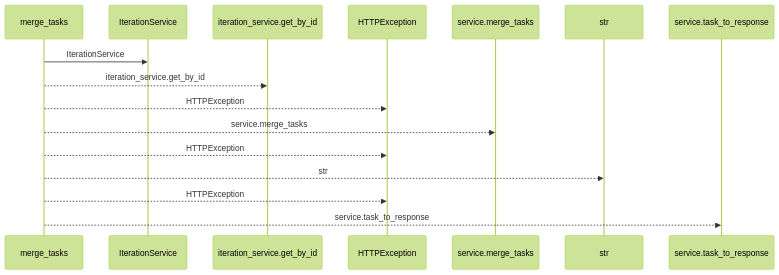
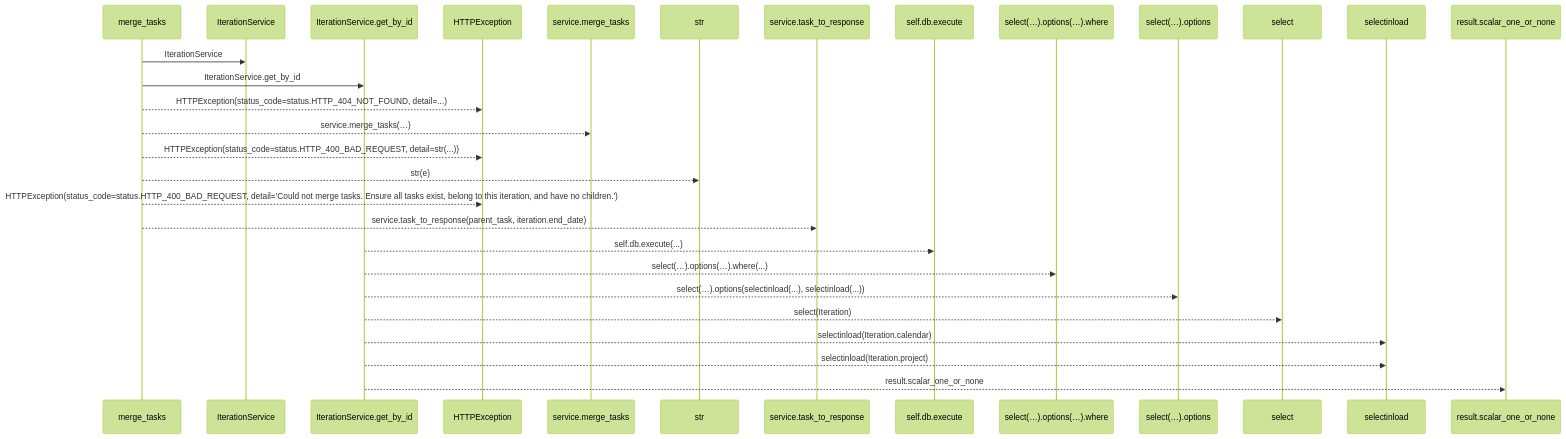
The first of 2 diagrams in docs/llm_wiki/flows/http-merge_tasks.md (Denissvgn/WorkChord), drawn with Mermaid (forest theme) before and after one commit. The commit also changed other lines of this file and 25171 other files, not shown here.

````diff
--- a/docs/llm_wiki/flows/http-merge_tasks.md
+++ b/docs/llm_wiki/flows/http-merge_tasks.md
@@ -10,18 +12,31 @@
 ```mermaid
 sequenceDiagram
     participant p0 as merge_tasks
     participant p1 as IterationService
-    participant p2 as iteration_service.get_by_id
+    participant p2 as IterationService.get_by_id
     participant p3 as HTTPException
     participant p4 as service.merge_tasks
     participant p5 as str
     participant p6 as service.task_to_response
+    participant p7 as self.db.execute
+    participant p8 as select(…).options(…).where
+    participant p9 as select(…).options
+    participant p10 as select
+    participant p11 as selectinload
+    participant p12 as result.scalar_one_or_none
     p0->>p1: IterationService
-    p0-->>p2: iteration_service.get_by_id
-    p0-->>p3: HTTPException
-    p0-->>p4: service.merge_tasks
-    p0-->>p3: HTTPException
-    p0-->>p5: str
-    p0-->>p3: HTTPException
-    p0-->>p6: service.task_to_response
+    p0->>p2: IterationService.get_by_id
+    p0-->>p3: HTTPException(status_code=status.HTTP_404_NOT_FOUND, detail=...)
+    p0-->>p4: service.merge_tasks(…)
+    p0-->>p3: HTTPException(status_code=status.HTTP_400_BAD_REQUEST, detail=str(...))
+    p0-->>p5: str(e)
+    p0-->>p3: HTTPException(status_code=status.HTTP_400_BAD_REQUEST, detail='Could not merge tasks. Ensure all tasks exist, belong to this iteration, and have no children.')
+    p0-->>p6: service.task_to_response(parent_task, iteration.end_date)
+    p2-->>p7: self.db.execute(...)
+    p2-->>p8: select(…).options(…).where(...)
+    p2-->>p9: select(…).options(selectinload(...), selectinload(...))
+    p2-->>p10: select(Iteration)
+    p2-->>p11: selectinload(Iteration.calendar)
+    p2-->>p11: selectinload(Iteration.project)
+    p2-->>p12: result.scalar_one_or_none
 ```
````
